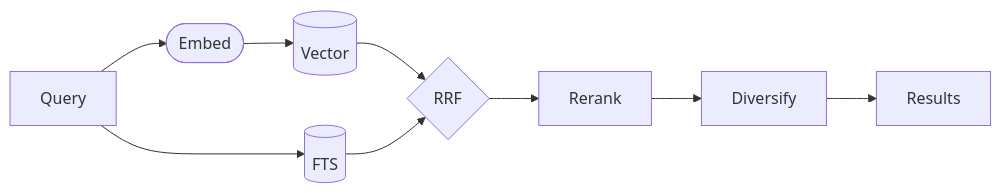
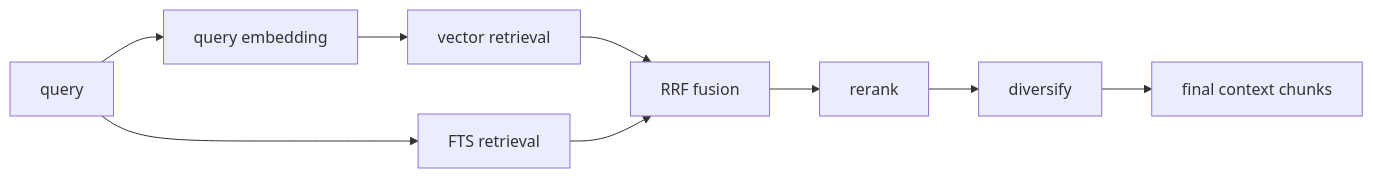
One commit to romankurakin/sova changed the second of 2 diagrams in README.md. Above: the diagram before and after it, drawn with Mermaid. The commit also changed other lines of this file and 19 other files, not shown here.

````diff
--- a/README.md
+++ b/README.md
@@ -65,8 +42,11 @@
 ```mermaid
 flowchart LR
-    Query --> Embed([Embed]) --> Vector[(Vector)]
-    Query --> BM25[(FTS)]
-    Vector --> RRF{RRF}
-    BM25 --> RRF
-    RRF --> Rerank[Rerank] --> Diverse[Diversify] --> Results
+    Q["query"] --> QE["query embedding"]
+    QE --> VC["vector retrieval"]
+    Q --> FC["FTS retrieval"]
+    VC --> RRF["RRF fusion"]
+    FC --> RRF
+    RRF --> RR["rerank"]
+    RR --> DV["diversify"]
+    DV --> OUT["final context chunks"]
 ```
````
